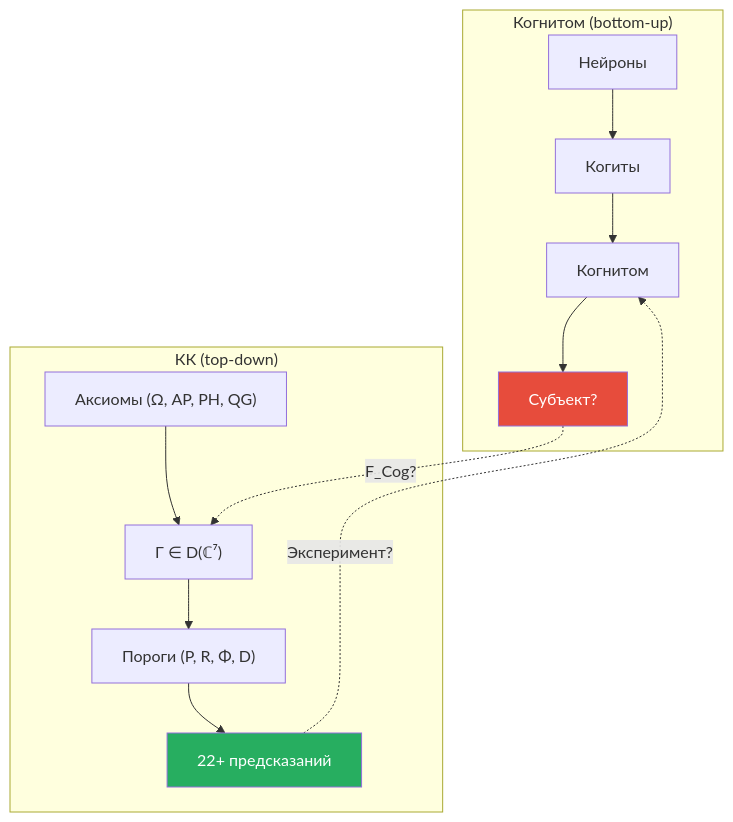
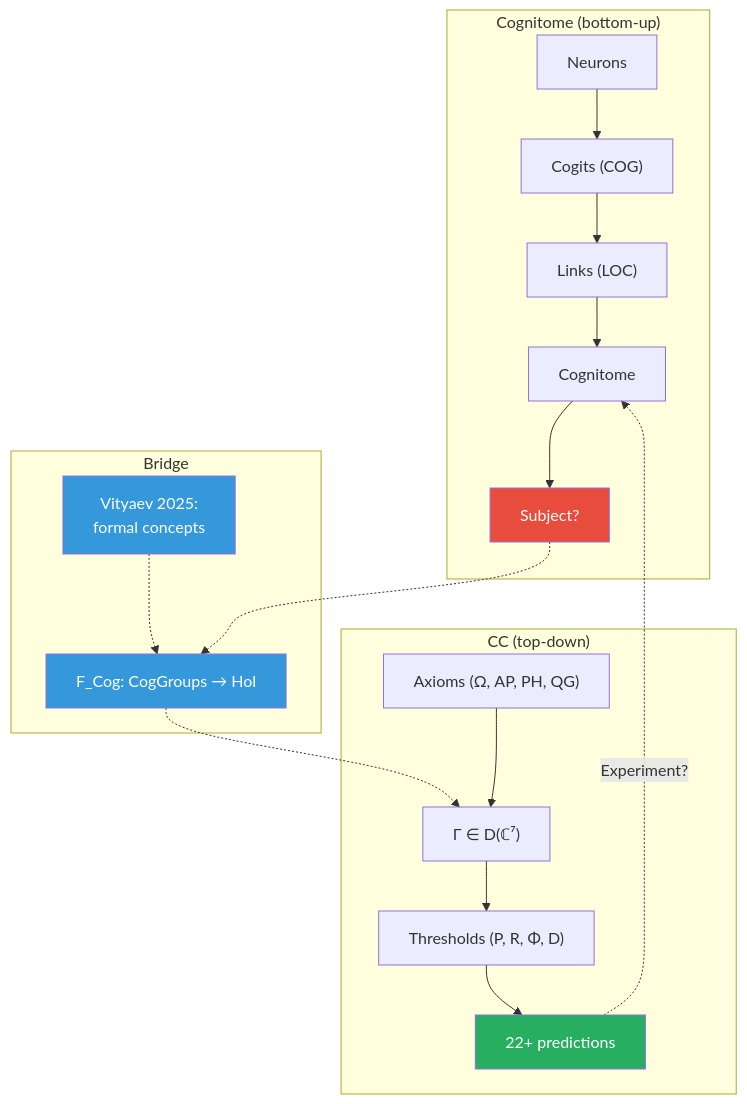
The second of 2 diagrams in website/docs/consciousness/comparative/cognitome-anokhin.md (gst-st/uhm), drawn with Mermaid before and after one commit. The commit also changed other lines of this file and 79 other files, not shown here.

````diff
--- a/website/docs/consciousness/comparative/cognitome-anokhin.md
+++ b/website/docs/consciousness/comparative/cognitome-anokhin.md
@@ -366,20 +561,30 @@
 ```mermaid
 graph TD
-    subgraph "Когнитом (bottom-up)"
-        N["Нейроны"] --> CG["Когиты"]
-        CG --> KOM["Когнитом"]
-        KOM --> SUBJ["Субъект?"]
+    subgraph "Cognitome (bottom-up)"
+        N["Neurons"] --> CG["Cogits (COG)"]
+        CG --> LOC["Links (LOC)"]
+        LOC --> KOM["Cognitome"]
+        KOM --> SUBJ["Subject?"]
     end
 
-    subgraph "КК (top-down)"
-        AX["Аксиомы (Ω, AP, PH, QG)"] --> GAM["Γ ∈ D(ℂ⁷)"]
-        GAM --> THRES["Пороги (P, R, Φ, D)"]
-        THRES --> PRED["22+ предсказаний"]
+    subgraph "CC (top-down)"
+        AX["Axioms (Ω, AP, PH, QG)"] --> GAM["Γ ∈ D(ℂ⁷)"]
+        GAM --> THRES["Thresholds (P, R, Φ, D)"]
+        THRES --> PRED["22+ predictions"]
     end
 
-    SUBJ -.->|"F_Cog?"| GAM
-    PRED -.->|"Эксперимент?"| KOM
+    subgraph "Bridge"
+        VIT["Vityaev 2025:<br/>formal concepts"]
+        FUNC["F_Cog: CogGroups → Hol"]
+    end
+
+    SUBJ -.-> FUNC
+    FUNC -.-> GAM
+    VIT -.-> FUNC
+    PRED -.->|"Experiment?"| KOM
 
     style SUBJ fill:#e74c3c,color:#fff
     style PRED fill:#27ae60,color:#fff
+    style FUNC fill:#3498db,color:#fff
+    style VIT fill:#3498db,color:#fff
 ```
````
